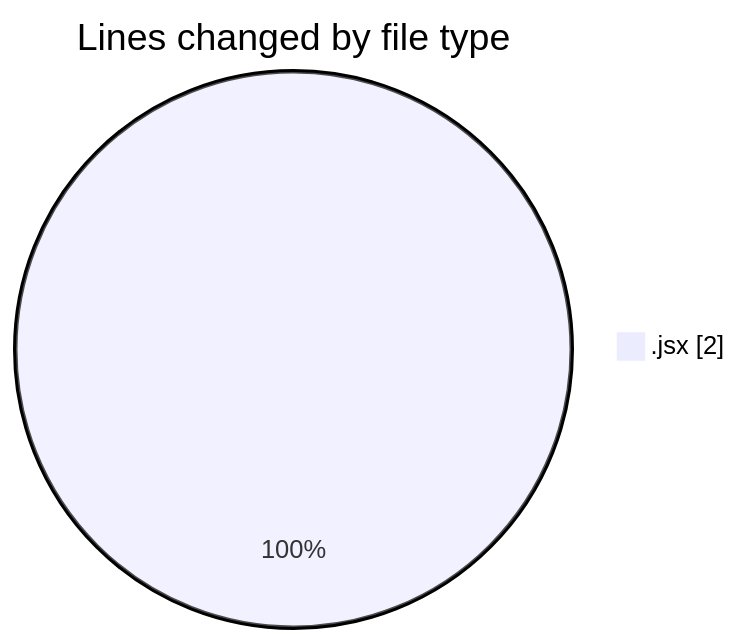
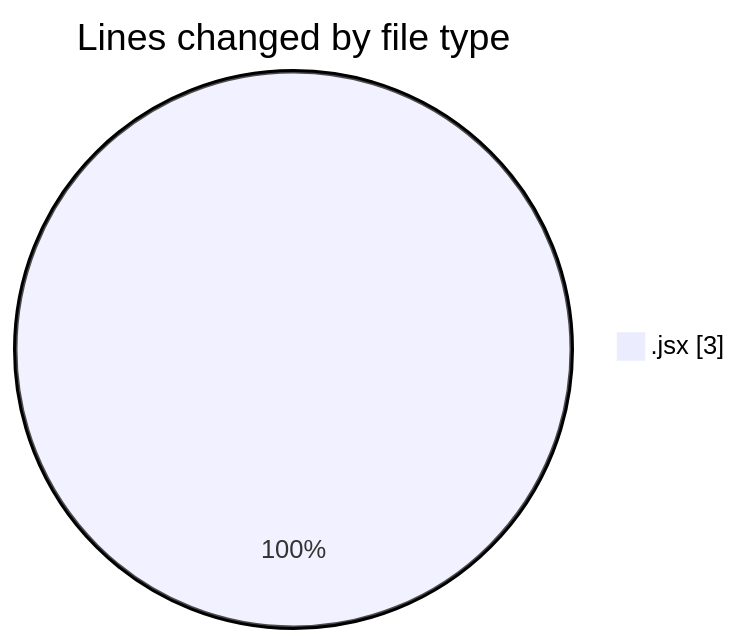
The first of 2 diagrams in 2025-10-09/nxtqube_webapp/README.md (nxtqubesakshisongat/code-tracking), drawn with Mermaid before and after one commit. The commit also changed other lines of this file and 1 other file, not shown here.

````diff
--- a/2025-10-09/nxtqube_webapp/README.md
+++ b/2025-10-09/nxtqube_webapp/README.md
@@ -20,5 +20,5 @@
 ```mermaid
 pie showData
 title Lines changed by file type
-".jsx" : 2
+".jsx" : 3
 ```
````
